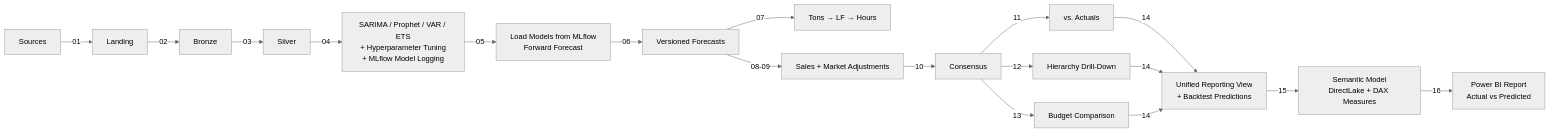
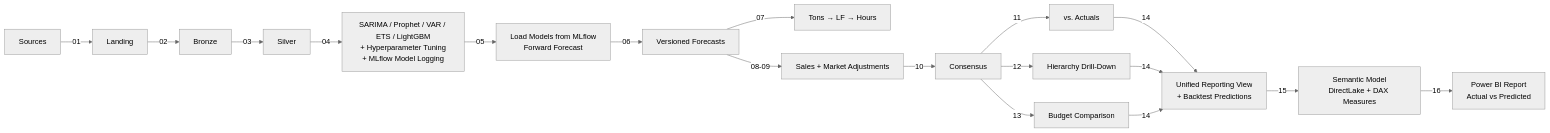
One commit to Scientialibera/IBP-FORECAST-AGENT changed the diagram in README.md. Above: the diagram before and after it, drawn with Mermaid (neutral theme). The commit also changed other lines of this file and 11 other files, not shown here.

First line of the commit message:
Add LightGBM global model + config-driven model registry

````diff
--- a/README.md
+++ b/README.md
@@ -21,16 +21,16 @@
 ```mermaid
 flowchart LR
     Sources -->|01| Landing -->|02| Bronze -->|03| Silver
-    Silver -->|04| Train[SARIMA / Prophet / VAR / ETS<br/>+ Hyperparameter Tuning<br/>+ MLflow Model Logging]
+    Silver -->|04| Train[SARIMA / Prophet / VAR / ETS / LightGBM<br/>+ Hyperparameter Tuning<br/>+ MLflow Model Logging]
     Train -->|05| Score[Load Models from MLflow<br/>Forward Forecast]
     Score -->|06| Gold[Versioned Forecasts]
     Gold -->|07| Capacity[Tons → LF → Hours]
     Gold -->|08-09| Layers[Sales + Market Adjustments]
     Layers -->|10| Consensus
     Consensus -->|11| Accuracy[vs. Actuals]
     Consensus -->|12| Rollups[Hierarchy Drill-Down]
     Consensus -->|13| Budget[Budget Comparison]
     Accuracy & Rollups & Budget -->|14| Reporting[Unified Reporting View<br/>+ Backtest Predictions]
     Reporting -->|15| Semantic[Semantic Model<br/>DirectLake + DAX Measures]
     Semantic -->|16| Report[Power BI Report<br/>Actual vs Predicted]
 ```
````
